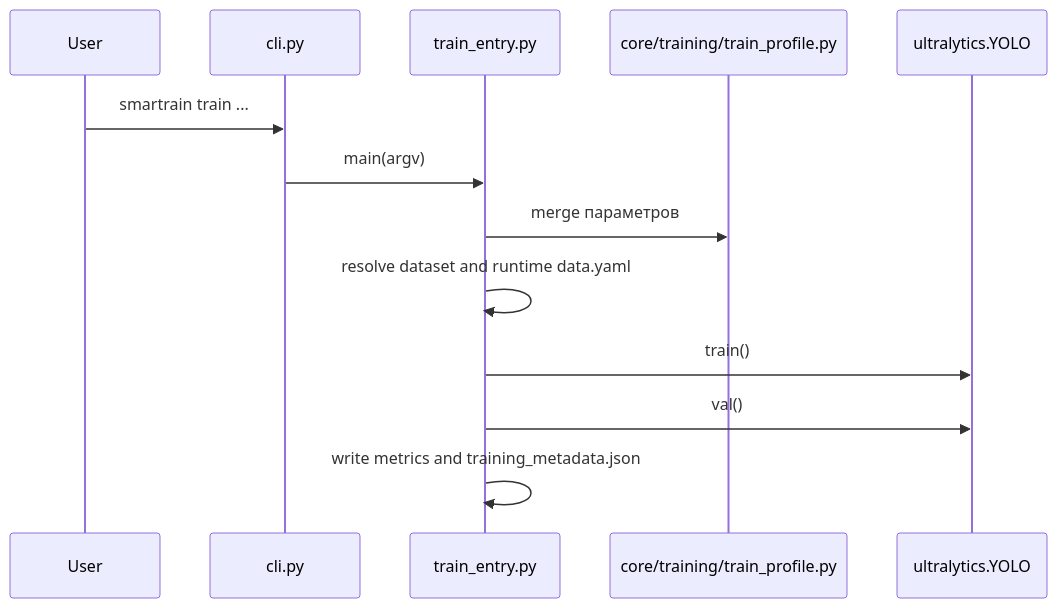
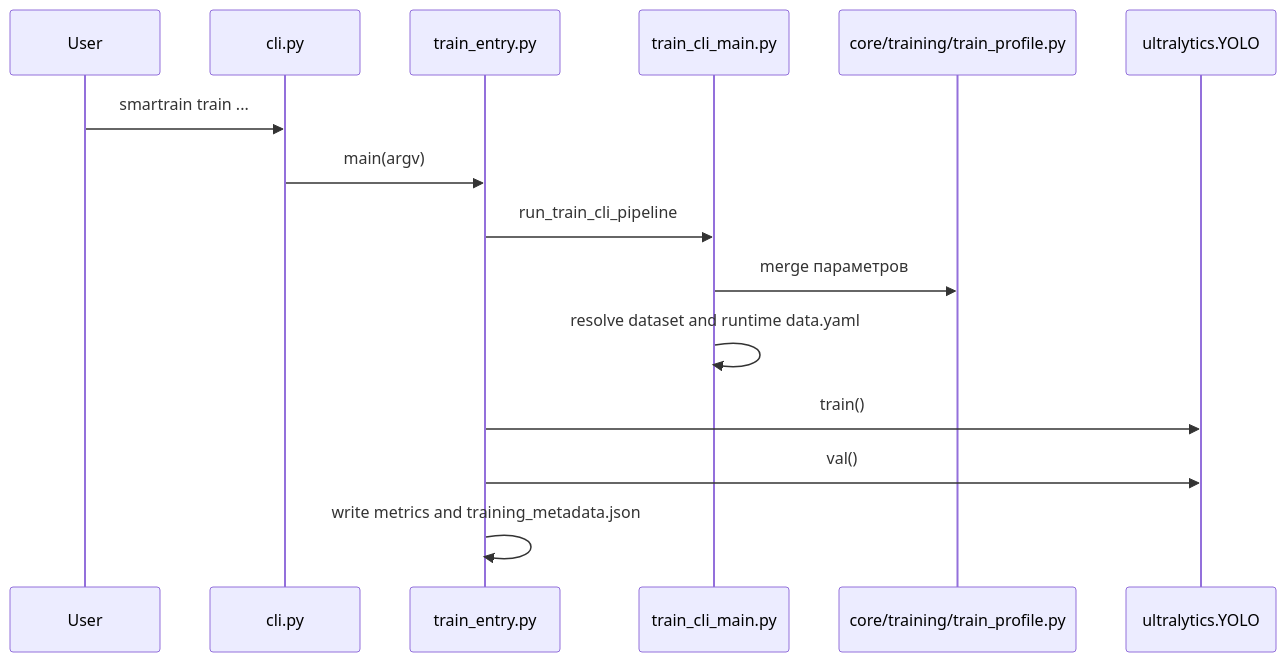
The second of 6 diagrams in docs/ru/development/architecture.md (aicommunity/SmarTrain), drawn with Mermaid before and after one commit. The commit also changed other lines of this file and 20 other files, not shown here.

````diff
--- a/docs/ru/development/architecture.md
+++ b/docs/ru/development/architecture.md
@@ -64,15 +64,17 @@
 ```mermaid
 sequenceDiagram
   participant User
   participant CLI as cli.py
   participant Train as train_entry.py
+  participant CliMain as train_cli_main.py
   participant Profile as core/training/train_profile.py
   participant YOLO as ultralytics.YOLO
   User->>CLI: smartrain train ...
   CLI->>Train: main(argv)
-  Train->>Profile: merge параметров
-  Train->>Train: resolve dataset and runtime data.yaml
+  Train->>CliMain: run_train_cli_pipeline
+  CliMain->>Profile: merge параметров
+  CliMain->>CliMain: resolve dataset and runtime data.yaml
   Train->>YOLO: train()
   Train->>YOLO: val()
   Train->>Train: write metrics and training_metadata.json
 ```
````
